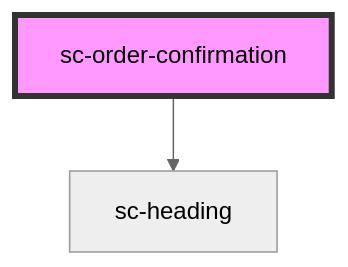
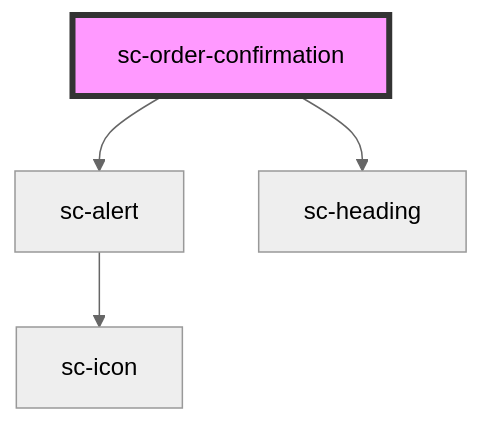
The diagram in packages/components/src/components/controllers/confirmation/order-confirmation/readme.md (surecart/surecart-wp-plugin), drawn with Mermaid (neutral theme) before and after one commit. The commit also changed other lines of this file and 15 other files, not shown here.

Commit message:
Better loading state for order confirmation details.

````diff
--- a/packages/components/src/components/controllers/confirmation/order-confirmation/readme.md
+++ b/packages/components/src/components/controllers/confirmation/order-confirmation/readme.md
@@ -22,5 +23,7 @@
 ```mermaid
 graph TD;
+  sc-order-confirmation --> sc-alert
   sc-order-confirmation --> sc-heading
+  sc-alert --> sc-icon
   style sc-order-confirmation fill:#f9f,stroke:#333,stroke-width:4px
 ```
````
